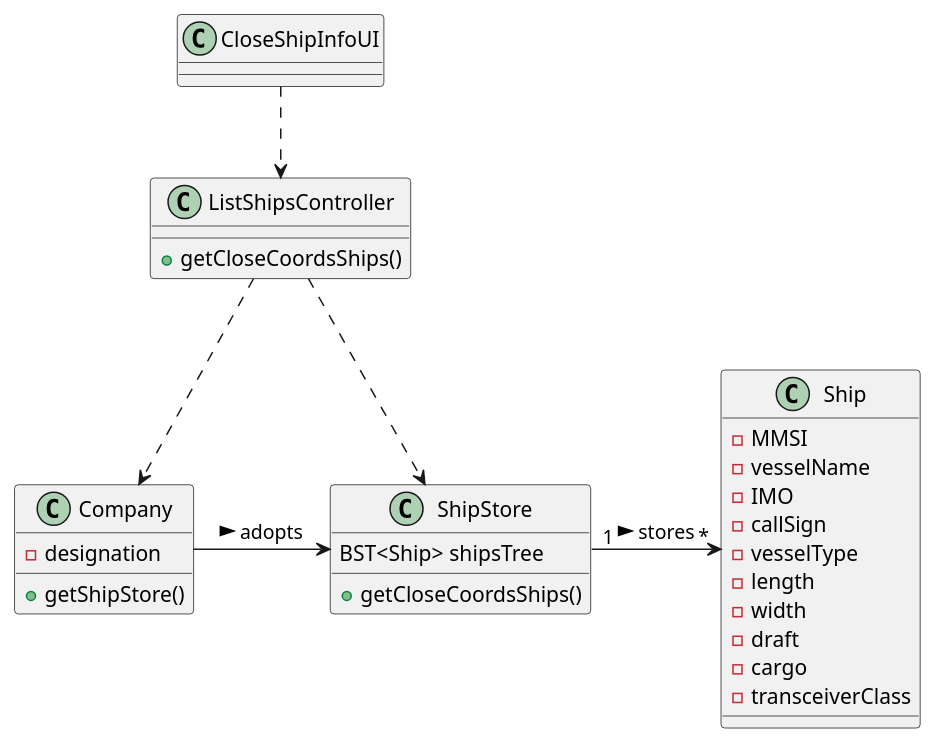
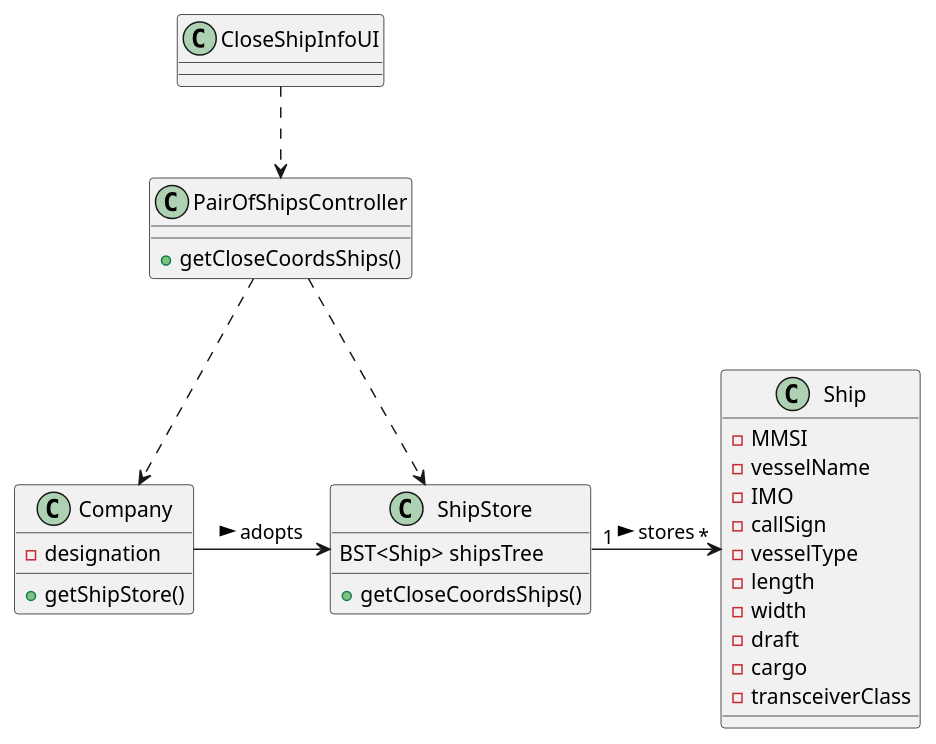
Before and after one commit to mpoboas/lapr3-2021-g102: the diagram in docs/Sprint1/US107/US107_CD.puml, drawn with PlantUML. The commit also changed 3 other files, not shown here.

```diff
--- a/docs/Sprint1/US107/US107_CD.puml
+++ b/docs/Sprint1/US107/US107_CD.puml
@@ -1,40 +1,40 @@
 @startuml
 'https://plantuml.com/class-diagram
 
 class Company {
 -designation
 +getShipStore()
 }
 
 class CloseShipInfoUI {
 }
 
-class ListShipsController {
+class PairOfShipsController {
 +getCloseCoordsShips()
 }
 
 class ShipStore {
 BST<Ship> shipsTree
 +getCloseCoordsShips()
 }
 
 class Ship {
 -MMSI
 -vesselName
 -IMO
 -callSign
 -vesselType
 -length
 -width
 -draft
 -cargo
 -transceiverClass
 }
 
-CloseShipInfoUI ..> ListShipsController
+CloseShipInfoUI ..> PairOfShipsController
 Company -> ShipStore : adopts >
 ShipStore "1" ->  "*" Ship: stores >
-ListShipsController ..> Company
-ListShipsController ..> ShipStore
+PairOfShipsController ..> Company
+PairOfShipsController ..> ShipStore
 
 @enduml
```
